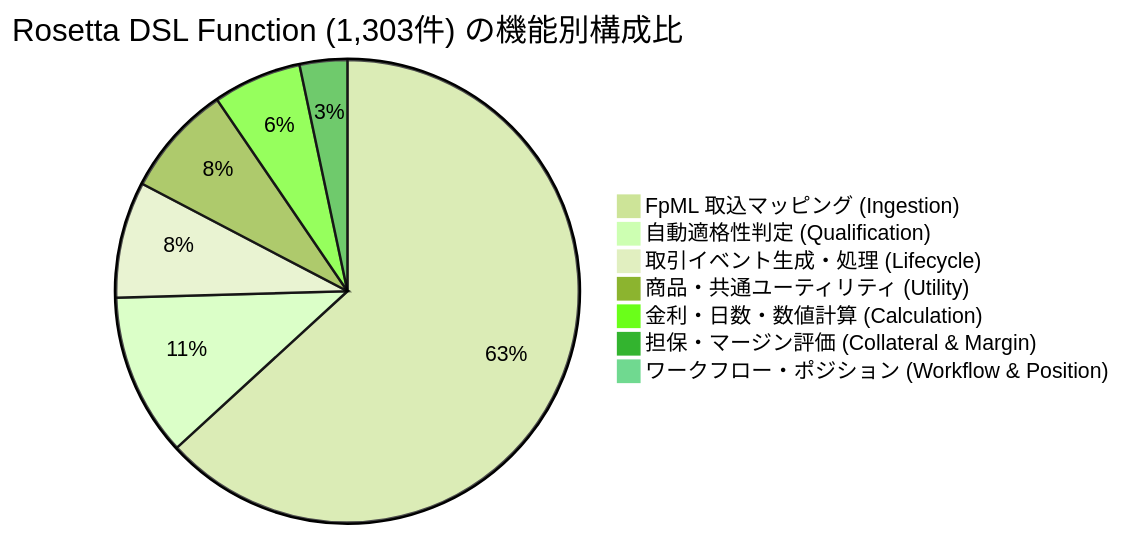
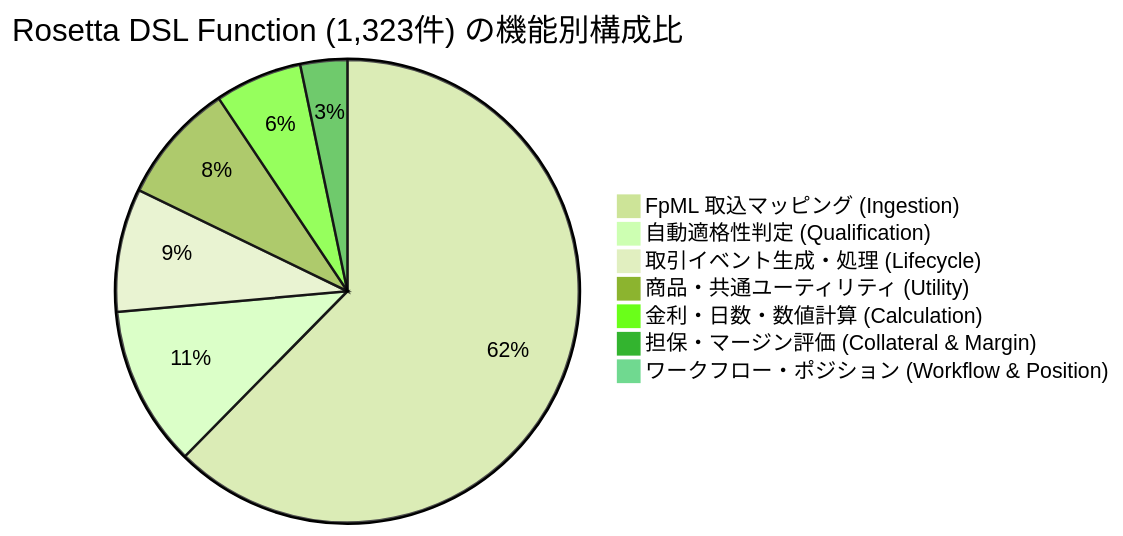
The second of 3 diagrams in cdm_wiki/overview/rosetta_dsl_inventory.md (matsuuramasakazu/my_cdm_wiki), drawn with Mermaid (forest theme) before and after one commit. The commit also changed other lines of this file and 8 other files, not shown here.

````diff
--- a/cdm_wiki/overview/rosetta_dsl_inventory.md
+++ b/cdm_wiki/overview/rosetta_dsl_inventory.md
@@ -97,10 +97,10 @@
 ```mermaid
-pie title Rosetta DSL Function (1,303件) の機能別構成比
-    "FpML 取込マッピング (Ingestion)" : 817
+pie title Rosetta DSL Function (1,323件) の機能別構成比
+    "FpML 取込マッピング (Ingestion)" : 819
     "自動適格性判定 (Qualification)" : 147
-    "取引イベント生成・処理 (Lifecycle)" : 105
-    "商品・共通ユーティリティ (Utility)" : 101
+    "取引イベント生成・処理 (Lifecycle)" : 113
+    "商品・共通ユーティリティ (Utility)" : 111
     "金利・日数・数値計算 (Calculation)" : 80
     "担保・マージン評価 (Collateral & Margin)" : 43
     "ワークフロー・ポジション (Workflow & Position)" : 10
 ```
````
